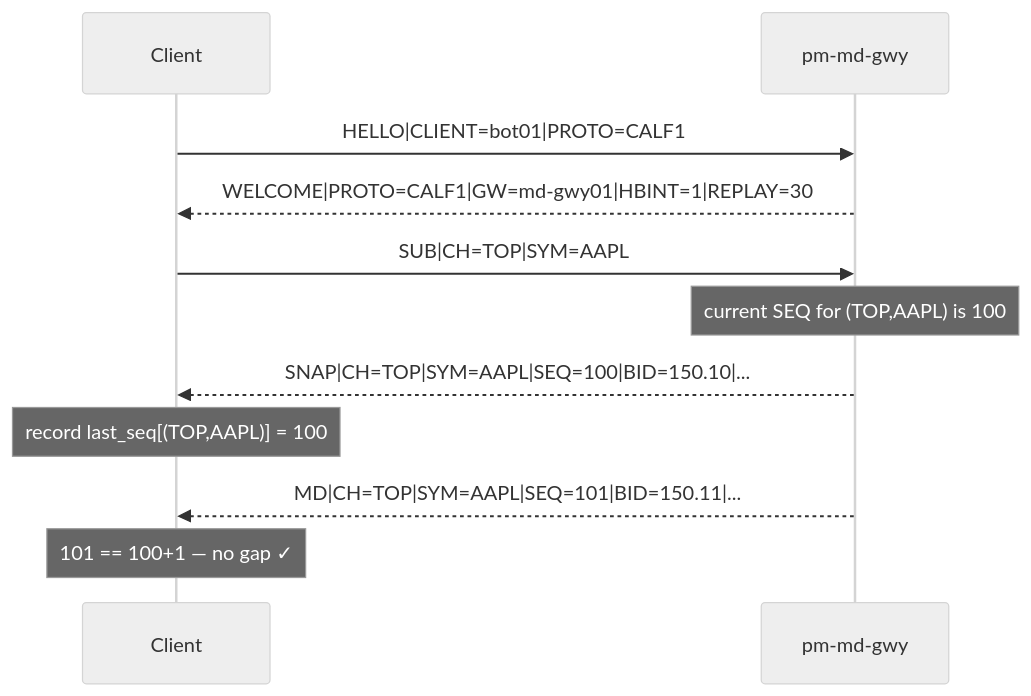
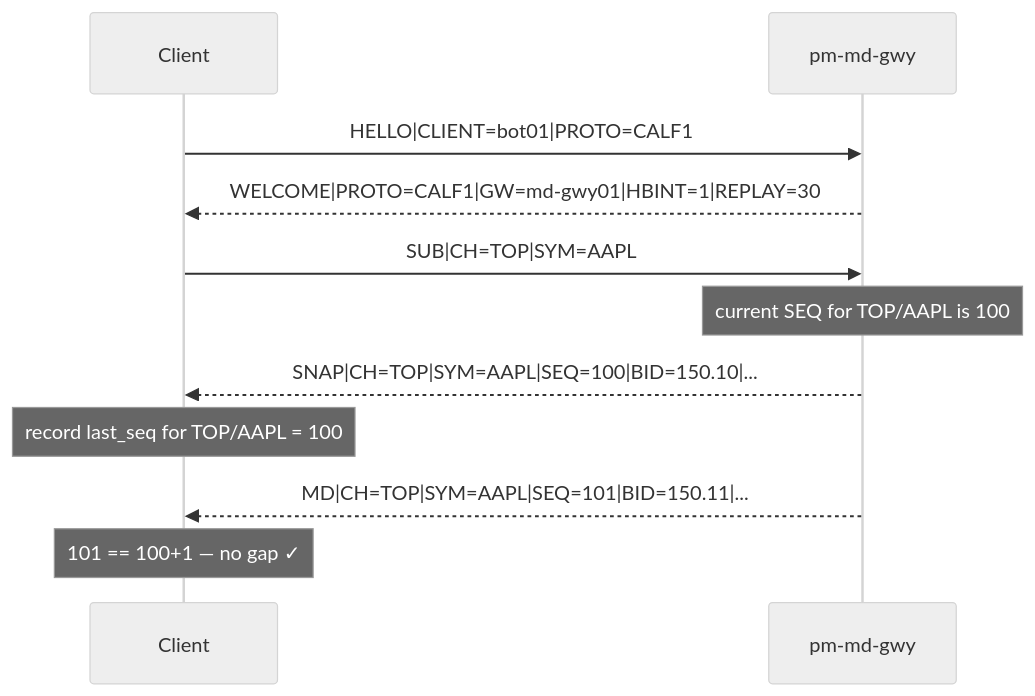
One commit to johan162/EduMatcher changed the third of 7 diagrams in docs-design/EduMatcher-Market_Data_Protocol.md. Above: the diagram before and after it, drawn with Mermaid (neutral theme). The commit also changed other lines of this file and 3 other files, not shown here.

Commit message:
Include Mermaid rendering for Design Docs PDF

````diff
--- a/docs-design/EduMatcher-Market_Data_Protocol.md
+++ b/docs-design/EduMatcher-Market_Data_Protocol.md
@@ -314,14 +314,14 @@
 ```mermaid
 sequenceDiagram
     participant C as Client
     participant G as pm-md-gwy
 
     C->>G: HELLO|CLIENT=bot01|PROTO=CALF1
     G-->>C: WELCOME|PROTO=CALF1|GW=md-gwy01|HBINT=1|REPLAY=30
     C->>G: SUB|CH=TOP|SYM=AAPL
-    Note over G: current SEQ for (TOP,AAPL) is 100
+    Note over G: current SEQ for TOP/AAPL is 100
     G-->>C: SNAP|CH=TOP|SYM=AAPL|SEQ=100|BID=150.10|...
-    Note over C: record last_seq[(TOP,AAPL)] = 100
+    Note over C: record last_seq for TOP/AAPL = 100
     G-->>C: MD|CH=TOP|SYM=AAPL|SEQ=101|BID=150.11|...
     Note over C: 101 == 100+1 — no gap ✓
 ```
````
